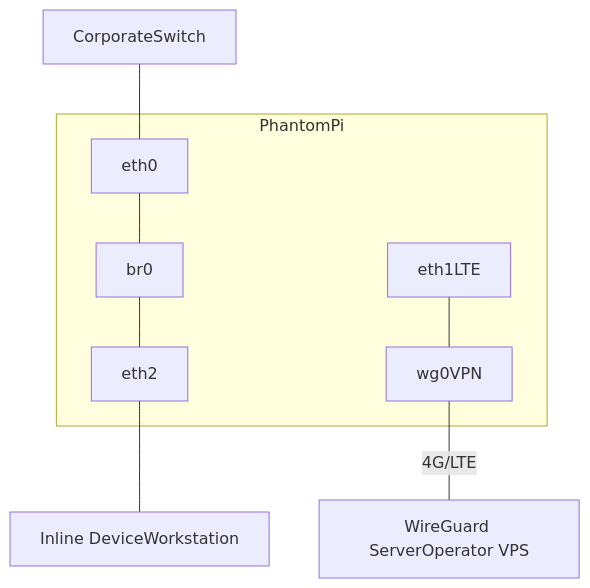
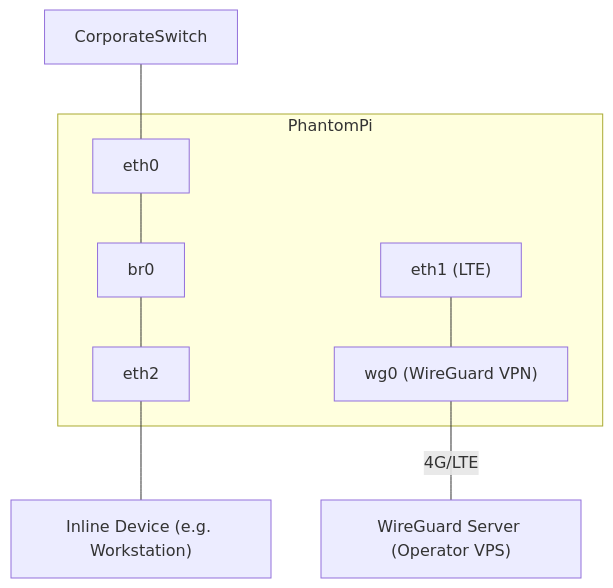
One commit to 1r0ncut/PhantomPi changed the diagram in README.md. Above: the diagram before and after it, drawn with Mermaid.

Commit message:
Corrected mermaid flowchart

````diff
--- a/README.md
+++ b/README.md
@@ -117,20 +117,20 @@
 ```mermaid
 flowchart TB
-    WG[WireGuard ServerOperator VPS]
+    WG["WireGuard Server (Operator VPS)"]
     
     subgraph PhantomPi
         eth0[eth0]
         br0[br0]
-        eth1[eth1LTE]
-        wg0[wg0VPN]
+        eth1["eth1 (LTE)"]
+        wg0["wg0 (WireGuard VPN)"]
         eth2[eth2]
         
         eth0 --- br0
         br0 --- eth2
         eth1 --- wg0
     end
     
-    SW[CorporateSwitch] --- eth0
-    eth2 --- DEV[Inline DeviceWorkstation]
+    SW["CorporateSwitch"] --- eth0
+    eth2 --- DEV["Inline Device (e.g. Workstation)"]
     wg0 ---|4G/LTE| WG
 ```
````
